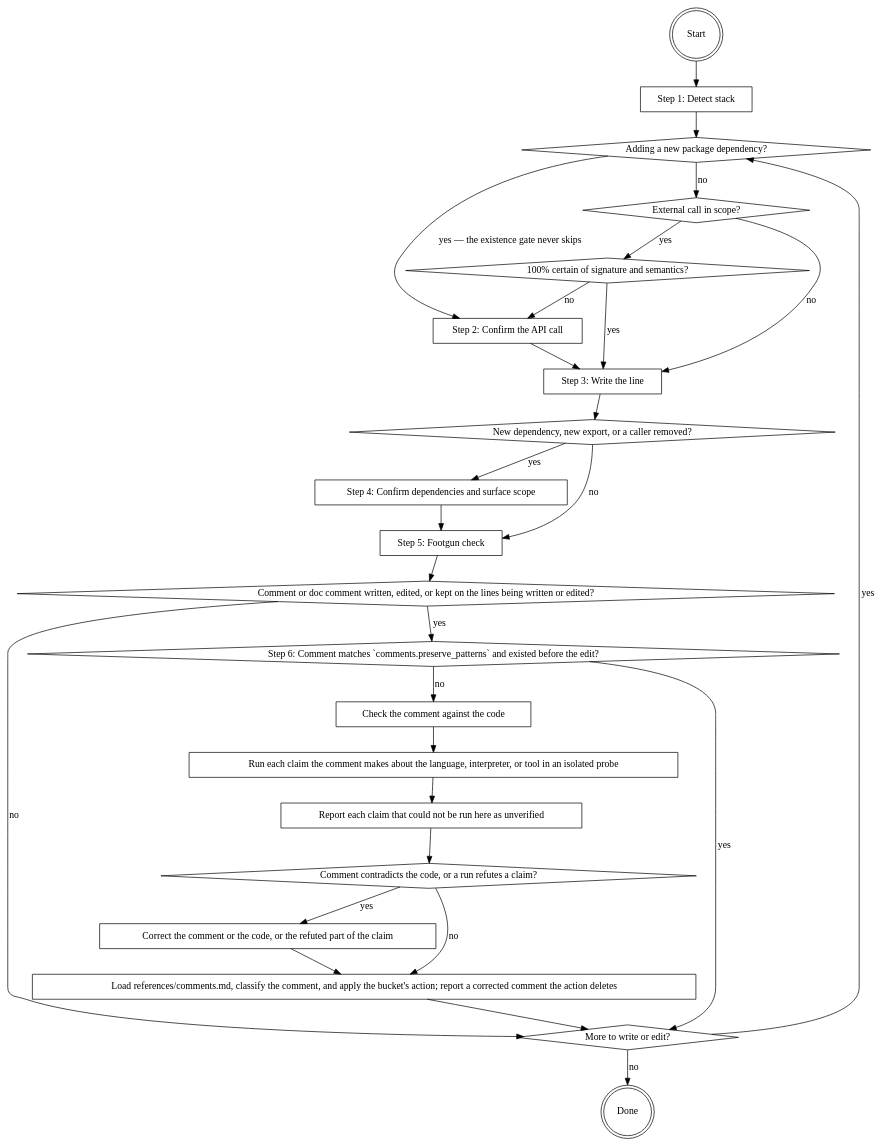
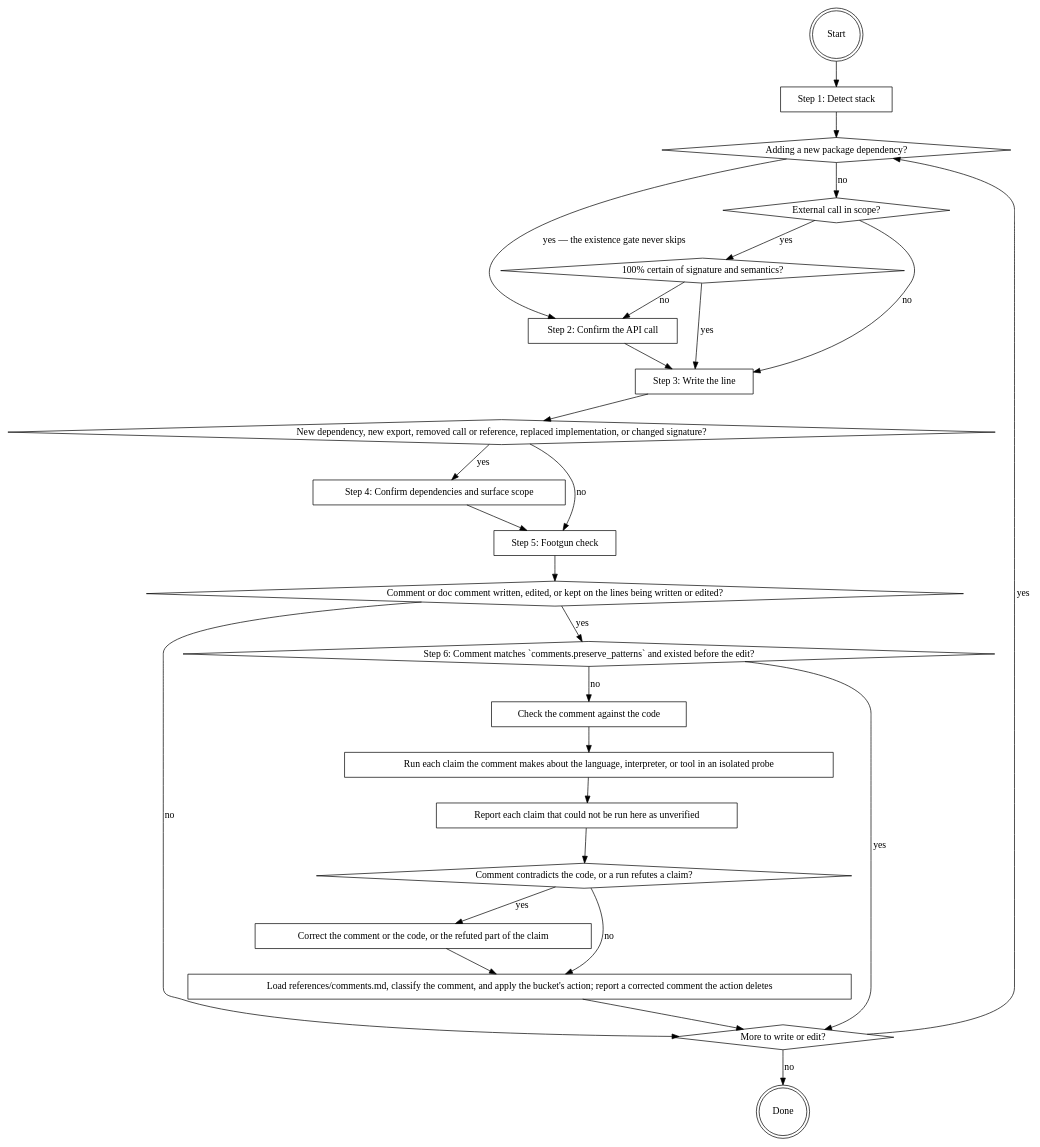
The diagram in plugins/software-writer/skills/writing-code/SKILL.md (it-bens/ai-tools), drawn with Graphviz before and after one commit. The commit also changed other lines of this file and 21 other files, not shown here.

````diff
--- a/plugins/software-writer/skills/writing-code/SKILL.md
+++ b/plugins/software-writer/skills/writing-code/SKILL.md
@@ -18,51 +18,51 @@
 ```dot
 digraph writing_code {
     "Start" [shape=doublecircle];
     "Step 1: Detect stack" [shape=box];
     "Adding a new package dependency?" [shape=diamond];
     "External call in scope?" [shape=diamond];
     "100% certain of signature and semantics?" [shape=diamond];
     "Step 2: Confirm the API call" [shape=box];
     "Step 3: Write the line" [shape=box];
-    "New dependency, new export, or a caller removed?" [shape=diamond];
+    "New dependency, new export, removed call or reference, replaced implementation, or changed signature?" [shape=diamond];
     "Step 4: Confirm dependencies and surface scope" [shape=box];
     "Step 5: Footgun check" [shape=box];
     "Comment or doc comment written, edited, or kept on the lines being written or edited?" [shape=diamond];
     "Step 6: Comment matches `comments.preserve_patterns` and existed before the edit?" [shape=diamond];
     "Check the comment against the code" [shape=box];
     "Run each claim the comment makes about the language, interpreter, or tool in an isolated probe" [shape=box];
     "Report each claim that could not be run here as unverified" [shape=box];
     "Comment contradicts the code, or a run refutes a claim?" [shape=diamond];
     "Correct the comment or the code, or the refuted part of the claim" [shape=box];
     "Load references/comments.md, classify the comment, and apply the bucket's action; report a corrected comment the action deletes" [shape=box];
     "More to write or edit?" [shape=diamond];
     "Done" [shape=doublecircle];
 
     "Start" -> "Step 1: Detect stack" -> "Adding a new package dependency?";
     "Adding a new package dependency?" -> "Step 2: Confirm the API call" [label="yes — the existence gate never skips"];
     "Adding a new package dependency?" -> "External call in scope?" [label="no"];
     "External call in scope?" -> "100% certain of signature and semantics?" [label="yes"];
     "External call in scope?" -> "Step 3: Write the line" [label="no"];
     "100% certain of signature and semantics?" -> "Step 3: Write the line" [label="yes"];
     "100% certain of signature and semantics?" -> "Step 2: Confirm the API call" [label="no"];
     "Step 2: Confirm the API call" -> "Step 3: Write the line";
-    "Step 3: Write the line" -> "New dependency, new export, or a caller removed?";
-    "New dependency, new export, or a caller removed?" -> "Step 4: Confirm dependencies and surface scope" [label="yes"];
-    "New dependency, new export, or a caller removed?" -> "Step 5: Footgun check" [label="no"];
+    "Step 3: Write the line" -> "New dependency, new export, removed call or reference, replaced implementation, or changed signature?";
+    "New dependency, new export, removed call or reference, replaced implementation, or changed signature?" -> "Step 4: Confirm dependencies and surface scope" [label="yes"];
+    "New dependency, new export, removed call or reference, replaced implementation, or changed signature?" -> "Step 5: Footgun check" [label="no"];
     "Step 4: Confirm dependencies and surface scope" -> "Step 5: Footgun check";
     "Step 5: Footgun check" -> "Comment or doc comment written, edited, or kept on the lines being written or edited?";
     "Comment or doc comment written, edited, or kept on the lines being written or edited?" -> "Step 6: Comment matches `comments.preserve_patterns` and existed before the edit?" [label="yes"];
     "Comment or doc comment written, edited, or kept on the lines being written or edited?" -> "More to write or edit?" [label="no"];
     "Step 6: Comment matches `comments.preserve_patterns` and existed before the edit?" -> "More to write or edit?" [label="yes"];
     "Step 6: Comment matches `comments.preserve_patterns` and existed before the edit?" -> "Check the comment against the code" [label="no"];
     "Check the comment against the code" -> "Run each claim the comment makes about the language, interpreter, or tool in an isolated probe";
     "Run each claim the comment makes about the language, interpreter, or tool in an isolated probe" -> "Report each claim that could not be run here as unverified";
     "Report each claim that could not be run here as unverified" -> "Comment contradicts the code, or a run refutes a claim?";
     "Comment contradicts the code, or a run refutes a claim?" -> "Correct the comment or the code, or the refuted part of the claim" [label="yes"];
     "Comment contradicts the code, or a run refutes a claim?" -> "Load references/comments.md, classify the comment, and apply the bucket's action; report a corrected comment the action deletes" [label="no"];
     "Correct the comment or the code, or the refuted part of the claim" -> "Load references/comments.md, classify the comment, and apply the bucket's action; report a corrected comment the action deletes";
     "Load references/comments.md, classify the comment, and apply the bucket's action; report a corrected comment the action deletes" -> "More to write or edit?";
     "More to write or edit?" -> "Adding a new package dependency?" [label="yes"];
     "More to write or edit?" -> "Done" [label="no"];
 }
 ```
````
